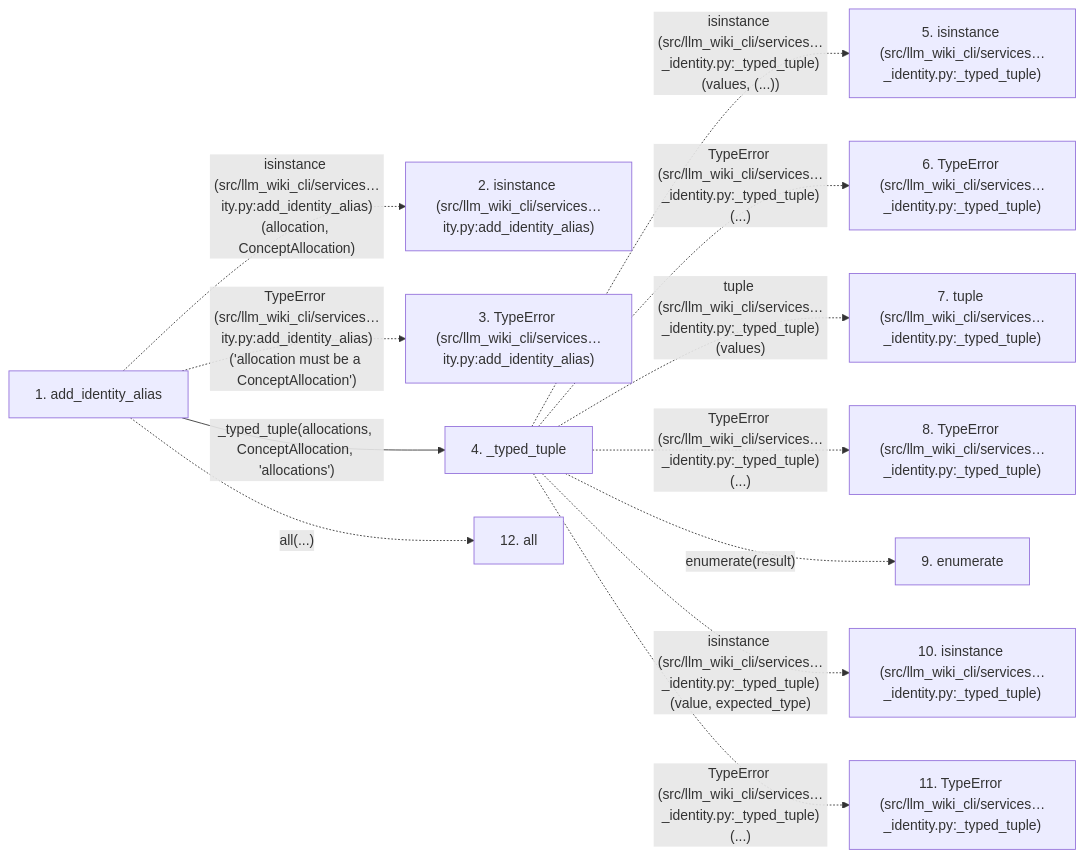
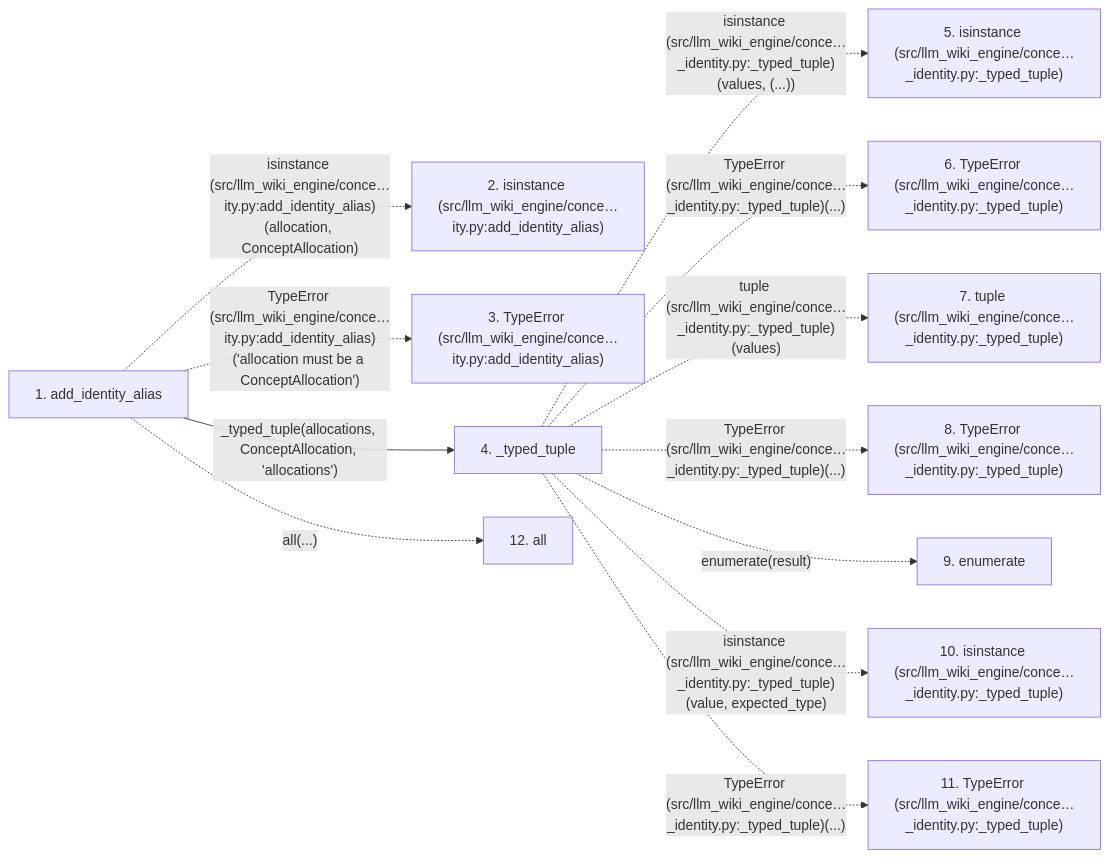
Before and after one commit to Denissvgn/python-wiki-llm: the second of 2 diagrams in docs/llm_wiki/flows/api-add_identity_alias.md, drawn with Mermaid. The commit also changed other lines of this file and 1103 other files, not shown here.

First line of the commit message:
docs: refresh the wiki for the llm-wiki-engine distribution

````diff
--- a/docs/llm_wiki/flows/api-add_identity_alias.md
+++ b/docs/llm_wiki/flows/api-add_identity_alias.md
@@ -128,28 +128,28 @@
 ```mermaid
 flowchart LR
     s1["1. add_identity_alias"]
-    s2["2. isinstance (src/llm_wiki_cli/services…ity.py:add_identity_alias)"]
-    s3["3. TypeError (src/llm_wiki_cli/services…ity.py:add_identity_alias)"]
+    s2["2. isinstance (src/llm_wiki_engine/conce…ity.py:add_identity_alias)"]
+    s3["3. TypeError (src/llm_wiki_engine/conce…ity.py:add_identity_alias)"]
     s4["4. _typed_tuple"]
-    s5["5. isinstance (src/llm_wiki_cli/services…_identity.py:_typed_tuple)"]
-    s6["6. TypeError (src/llm_wiki_cli/services…_identity.py:_typed_tuple)"]
-    s7["7. tuple (src/llm_wiki_cli/services…_identity.py:_typed_tuple)"]
-    s8["8. TypeError (src/llm_wiki_cli/services…_identity.py:_typed_tuple)"]
+    s5["5. isinstance (src/llm_wiki_engine/conce…_identity.py:_typed_tuple)"]
+    s6["6. TypeError (src/llm_wiki_engine/conce…_identity.py:_typed_tuple)"]
+    s7["7. tuple (src/llm_wiki_engine/conce…_identity.py:_typed_tuple)"]
+    s8["8. TypeError (src/llm_wiki_engine/conce…_identity.py:_typed_tuple)"]
     s9["9. enumerate"]
-    s10["10. isinstance (src/llm_wiki_cli/services…_identity.py:_typed_tuple)"]
-    s11["11. TypeError (src/llm_wiki_cli/services…_identity.py:_typed_tuple)"]
+    s10["10. isinstance (src/llm_wiki_engine/conce…_identity.py:_typed_tuple)"]
+    s11["11. TypeError (src/llm_wiki_engine/conce…_identity.py:_typed_tuple)"]
     s12["12. all"]
-    s1 -. "isinstance (src/llm_wiki_cli/services…ity.py:add_identity_alias)(allocation, ConceptAllocation)" .-> s2
-    s1 -. "TypeError (src/llm_wiki_cli/services…ity.py:add_identity_alias)('allocation must be a ConceptAllocation')" .-> s3
+    s1 -. "isinstance (src/llm_wiki_engine/conce…ity.py:add_identity_alias)(allocation, ConceptAllocation)" .-> s2
+    s1 -. "TypeError (src/llm_wiki_engine/conce…ity.py:add_identity_alias)('allocation must be a ConceptAllocation')" .-> s3
     s1 -->|"_typed_tuple(allocations, ConceptAllocation, 'allocations')"| s4
-    s4 -. "isinstance (src/llm_wiki_cli/services…_identity.py:_typed_tuple)(values, (...))" .-> s5
-    s4 -. "TypeError (src/llm_wiki_cli/services…_identity.py:_typed_tuple)(...)" .-> s6
-    s4 -. "tuple (src/llm_wiki_cli/services…_identity.py:_typed_tuple)(values)" .-> s7
-    s4 -. "TypeError (src/llm_wiki_cli/services…_identity.py:_typed_tuple)(...)" .-> s8
+    s4 -. "isinstance (src/llm_wiki_engine/conce…_identity.py:_typed_tuple)(values, (...))" .-> s5
+    s4 -. "TypeError (src/llm_wiki_engine/conce…_identity.py:_typed_tuple)(...)" .-> s6
+    s4 -. "tuple (src/llm_wiki_engine/conce…_identity.py:_typed_tuple)(values)" .-> s7
+    s4 -. "TypeError (src/llm_wiki_engine/conce…_identity.py:_typed_tuple)(...)" .-> s8
     s4 -. "enumerate(result)" .-> s9
-    s4 -. "isinstance (src/llm_wiki_cli/services…_identity.py:_typed_tuple)(value, expected_type)" .-> s10
-    s4 -. "TypeError (src/llm_wiki_cli/services…_identity.py:_typed_tuple)(...)" .-> s11
+    s4 -. "isinstance (src/llm_wiki_engine/conce…_identity.py:_typed_tuple)(value, expected_type)" .-> s10
+    s4 -. "TypeError (src/llm_wiki_engine/conce…_identity.py:_typed_tuple)(...)" .-> s11
     s1 -. "all(...)" .-> s12
     click s1 "../modules/concept_identity.md"
     click s4 "../modules/concept_identity.md"
 ```
````
